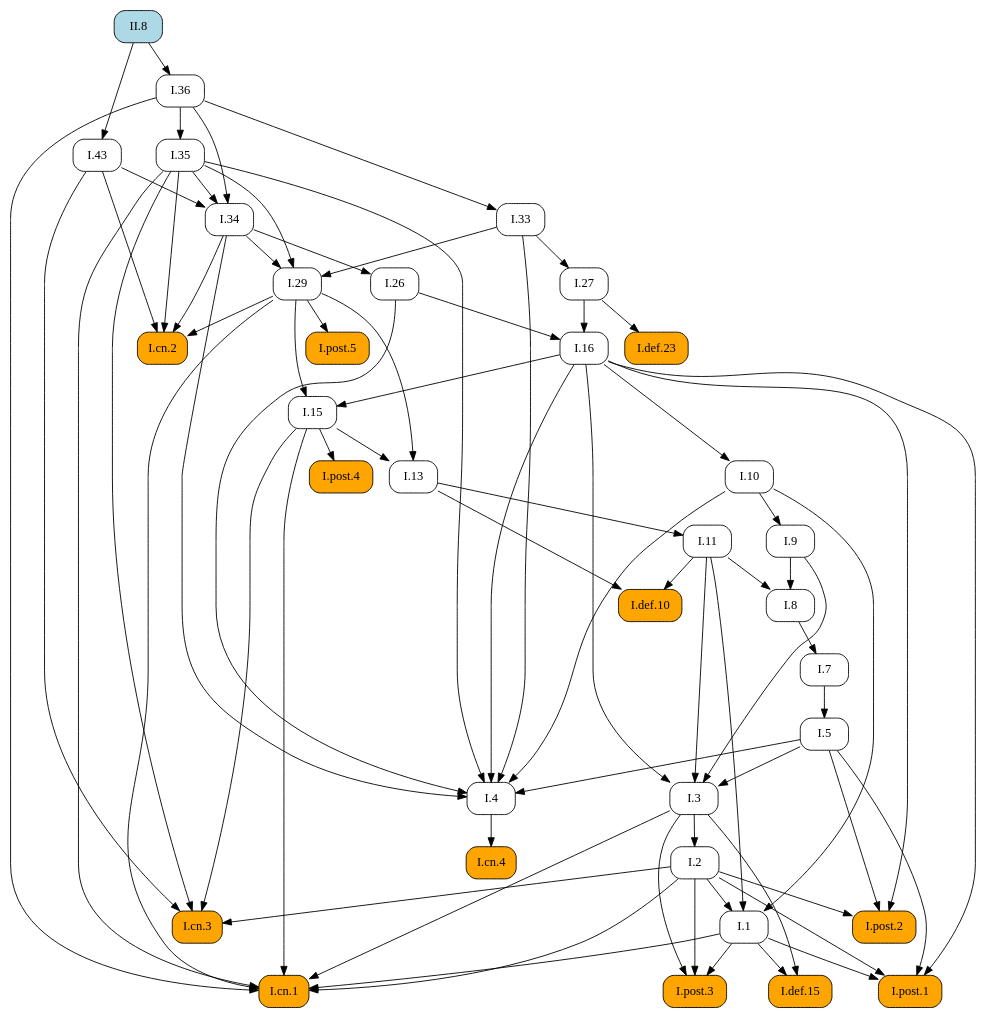
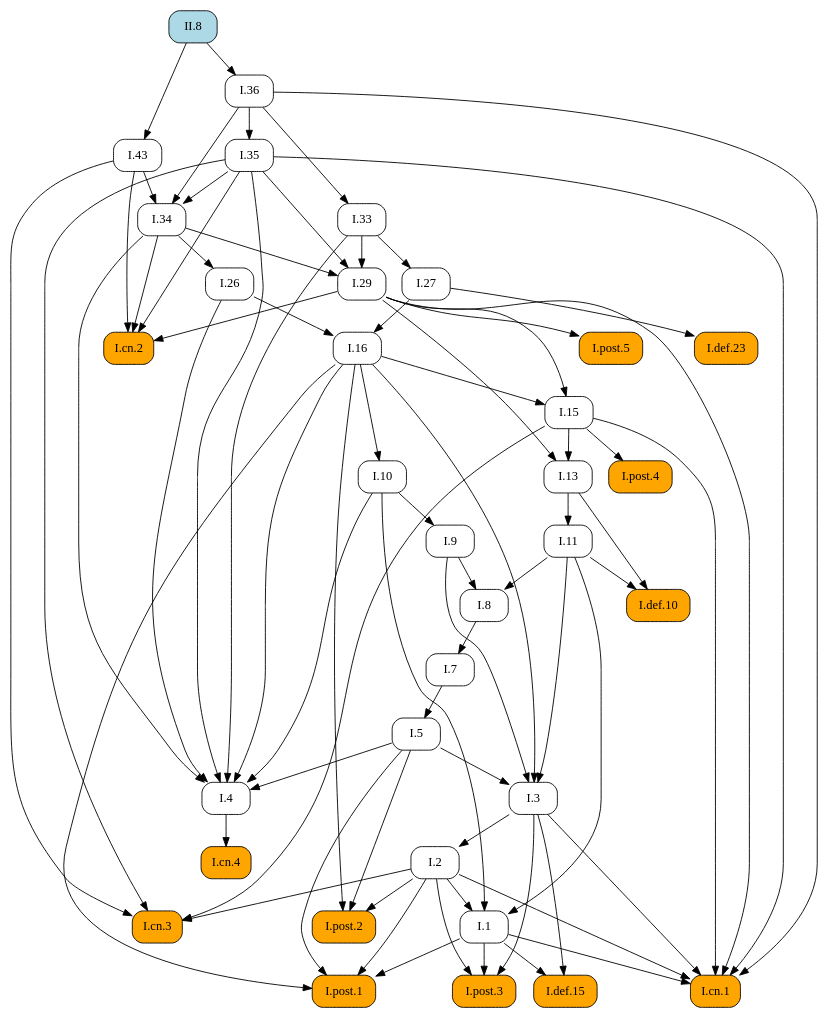
One commit to geometor/elements changed the diagram in docsrc/heath/II/8/index.rst. Above: the diagram before and after it, drawn with Graphviz. The commit also changed other lines of this file and 484 other files, not shown here.

```diff
--- a/docsrc/heath/II/8/index.rst
+++ b/docsrc/heath/II/8/index.rst
@@ -124,60 +124,63 @@
    digraph {
      rankdir="TB";
      node [shape=box, style=rounded];
-     "I.def.10" [style="rounded,filled", fillcolor=orange, URL="/heath/I/def.10/", target="_top"];
-     "I.11" [URL="/heath/I/11/", target="_top"];
-     "I.post.4" [style="rounded,filled", fillcolor=orange, URL="/heath/I/post.4/", target="_top"];
-     "I.1" [URL="/heath/I/1/", target="_top"];
-     "I.26" [URL="/heath/I/26/", target="_top"];
-     "I.29" [URL="/heath/I/29/", target="_top"];
-     "I.cn.2" [style="rounded,filled", fillcolor=orange, URL="/heath/I/cn.2/", target="_top"];
+     "I.9" [URL="/heath/I/9/", target="_top"];
+     "I.33" [URL="/heath/I/33/", target="_top"];
      "I.def.15" [style="rounded,filled", fillcolor=orange, URL="/heath/I/def.15/", target="_top"];
      "I.post.3" [style="rounded,filled", fillcolor=orange, URL="/heath/I/post.3/", target="_top"];
-     "I.cn.1" [style="rounded,filled", fillcolor=orange, URL="/heath/I/cn.1/", target="_top"];
-     "I.cn.3" [style="rounded,filled", fillcolor=orange, URL="/heath/I/cn.3/", target="_top"];
+     "I.post.1" [style="rounded,filled", fillcolor=orange, URL="/heath/I/post.1/", target="_top"];
      "I.43" [URL="/heath/I/43/", target="_top"];
-     "I.post.1" [style="rounded,filled", fillcolor=orange, URL="/heath/I/post.1/", target="_top"];
-     "I.35" [URL="/heath/I/35/", target="_top"];
-     "I.36" [URL="/heath/I/36/", target="_top"];
+     "I.def.10" [style="rounded,filled", fillcolor=orange, URL="/heath/I/def.10/", target="_top"];
      "I.27" [URL="/heath/I/27/", target="_top"];
-     "I.7" [URL="/heath/I/7/", target="_top"];
      "I.34" [URL="/heath/I/34/", target="_top"];
      "I.3" [URL="/heath/I/3/", target="_top"];
+     "I.35" [URL="/heath/I/35/", target="_top"];
+     "I.cn.1" [style="rounded,filled", fillcolor=orange, URL="/heath/I/cn.1/", target="_top"];
+     "I.7" [URL="/heath/I/7/", target="_top"];
      "I.2" [URL="/heath/I/2/", target="_top"];
+     "I.36" [URL="/heath/I/36/", target="_top"];
+     "I.13" [URL="/heath/I/13/", target="_top"];
+     "I.post.4" [style="rounded,filled", fillcolor=orange, URL="/heath/I/post.4/", target="_top"];
      "I.4" [URL="/heath/I/4/", target="_top"];
+     "I.1" [URL="/heath/I/1/", target="_top"];
+     "I.5" [URL="/heath/I/5/", target="_top"];
+     "I.8" [URL="/heath/I/8/", target="_top"];
+     "I.29" [URL="/heath/I/29/", target="_top"];
+     "I.cn.3" [style="rounded,filled", fillcolor=orange, URL="/heath/I/cn.3/", target="_top"];
+     "I.16" [URL="/heath/I/16/", target="_top"];
+     "I.15" [URL="/heath/I/15/", target="_top"];
+     "II.8" [style="rounded,filled", fillcolor=lightblue, URL="/heath/II/8/", target="_top"];
+     "I.10" [URL="/heath/I/10/", target="_top"];
+     "I.11" [URL="/heath/I/11/", target="_top"];
      "I.def.23" [style="rounded,filled", fillcolor=orange, URL="/heath/I/def.23/", target="_top"];
-     "I.13" [URL="/heath/I/13/", target="_top"];
-     "I.33" [URL="/heath/I/33/", target="_top"];
-     "II.8" [style="rounded,filled", fillcolor=lightblue, URL="/heath/II/8/", target="_top"];
+     "I.cn.2" [style="rounded,filled", fillcolor=orange, URL="/heath/I/cn.2/", target="_top"];
+     "I.post.5" [style="rounded,filled", fillcolor=orange, URL="/heath/I/post.5/", target="_top"];
+     "I.cn.4" [style="rounded,filled", fillcolor=orange, URL="/heath/I/cn.4/", target="_top"];
      "I.post.2" [style="rounded,filled", fillcolor=orange, URL="/heath/I/post.2/", target="_top"];
-     "I.16" [URL="/heath/I/16/", target="_top"];
-     "I.9" [URL="/heath/I/9/", target="_top"];
-     "I.8" [URL="/heath/I/8/", target="_top"];
-     "I.cn.4" [style="rounded,filled", fillcolor=orange, URL="/heath/I/cn.4/", target="_top"];
-     "I.15" [URL="/heath/I/15/", target="_top"];
-     "I.post.5" [style="rounded,filled", fillcolor=orange, URL="/heath/I/post.5/", target="_top"];
-     "I.10" [URL="/heath/I/10/", target="_top"];
-     "I.5" [URL="/heath/I/5/", target="_top"];
-     "I.11" -> "I.def.10";
-     "I.13" -> "I.def.10";
-     "I.13" -> "I.11";
-     "I.15" -> "I.post.4";
-     "I.2" -> "I.1";
-     "I.10" -> "I.1";
-     "I.11" -> "I.1";
-     "I.34" -> "I.26";
-     "I.33" -> "I.29";
-     "I.34" -> "I.29";
-     "I.35" -> "I.29";
-     "I.29" -> "I.cn.2";
-     "I.34" -> "I.cn.2";
-     "I.35" -> "I.cn.2";
-     "I.43" -> "I.cn.2";
+     "I.26" [URL="/heath/I/26/", target="_top"];
+     "I.10" -> "I.9";
+     "I.36" -> "I.33";
      "I.1" -> "I.def.15";
      "I.3" -> "I.def.15";
      "I.1" -> "I.post.3";
      "I.2" -> "I.post.3";
      "I.3" -> "I.post.3";
+     "I.1" -> "I.post.1";
+     "I.2" -> "I.post.1";
+     "I.5" -> "I.post.1";
+     "I.16" -> "I.post.1";
+     "II.8" -> "I.43";
+     "I.11" -> "I.def.10";
+     "I.13" -> "I.def.10";
+     "I.33" -> "I.27";
+     "I.35" -> "I.34";
+     "I.36" -> "I.34";
+     "I.43" -> "I.34";
+     "I.5" -> "I.3";
+     "I.9" -> "I.3";
+     "I.11" -> "I.3";
+     "I.16" -> "I.3";
+     "I.36" -> "I.35";
      "I.1" -> "I.cn.1";
      "I.2" -> "I.cn.1";
      "I.3" -> "I.cn.1";
@@ -185,27 +188,12 @@
      "I.29" -> "I.cn.1";
      "I.35" -> "I.cn.1";
      "I.36" -> "I.cn.1";
-     "I.2" -> "I.cn.3";
-     "I.15" -> "I.cn.3";
-     "I.35" -> "I.cn.3";
-     "I.43" -> "I.cn.3";
-     "II.8" -> "I.43";
-     "I.1" -> "I.post.1";
-     "I.2" -> "I.post.1";
-     "I.5" -> "I.post.1";
-     "I.16" -> "I.post.1";
-     "I.36" -> "I.35";
+     "I.8" -> "I.7";
+     "I.3" -> "I.2";
      "II.8" -> "I.36";
-     "I.33" -> "I.27";
-     "I.8" -> "I.7";
-     "I.35" -> "I.34";
-     "I.36" -> "I.34";
-     "I.43" -> "I.34";
-     "I.5" -> "I.3";
-     "I.9" -> "I.3";
-     "I.11" -> "I.3";
-     "I.16" -> "I.3";
-     "I.3" -> "I.2";
+     "I.15" -> "I.13";
+     "I.29" -> "I.13";
+     "I.15" -> "I.post.4";
      "I.5" -> "I.4";
      "I.10" -> "I.4";
      "I.16" -> "I.4";
@@ -213,22 +201,34 @@
      "I.33" -> "I.4";
      "I.34" -> "I.4";
      "I.35" -> "I.4";
+     "I.2" -> "I.1";
+     "I.10" -> "I.1";
+     "I.11" -> "I.1";
+     "I.7" -> "I.5";
+     "I.9" -> "I.8";
+     "I.11" -> "I.8";
+     "I.33" -> "I.29";
+     "I.34" -> "I.29";
+     "I.35" -> "I.29";
+     "I.2" -> "I.cn.3";
+     "I.15" -> "I.cn.3";
+     "I.35" -> "I.cn.3";
+     "I.43" -> "I.cn.3";
+     "I.26" -> "I.16";
+     "I.27" -> "I.16";
+     "I.16" -> "I.15";
+     "I.29" -> "I.15";
+     "I.16" -> "I.10";
+     "I.13" -> "I.11";
      "I.27" -> "I.def.23";
-     "I.15" -> "I.13";
-     "I.29" -> "I.13";
-     "I.36" -> "I.33";
+     "I.29" -> "I.cn.2";
+     "I.34" -> "I.cn.2";
+     "I.35" -> "I.cn.2";
+     "I.43" -> "I.cn.2";
+     "I.29" -> "I.post.5";
+     "I.4" -> "I.cn.4";
      "I.2" -> "I.post.2";
      "I.5" -> "I.post.2";
      "I.16" -> "I.post.2";
-     "I.26" -> "I.16";
-     "I.27" -> "I.16";
-     "I.10" -> "I.9";
-     "I.9" -> "I.8";
-     "I.11" -> "I.8";
-     "I.4" -> "I.cn.4";
-     "I.16" -> "I.15";
-     "I.29" -> "I.15";
-     "I.29" -> "I.post.5";
-     "I.16" -> "I.10";
-     "I.7" -> "I.5";
+     "I.34" -> "I.26";
    }
```
